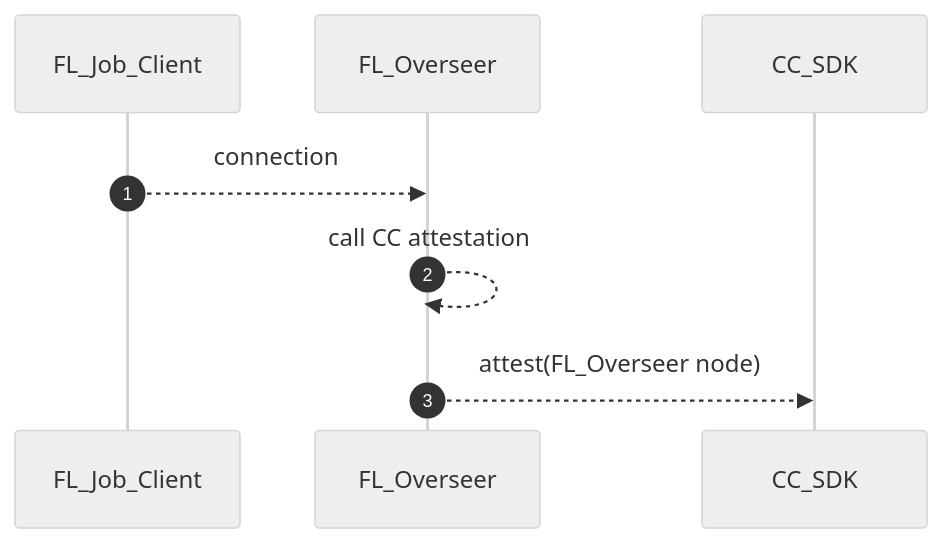
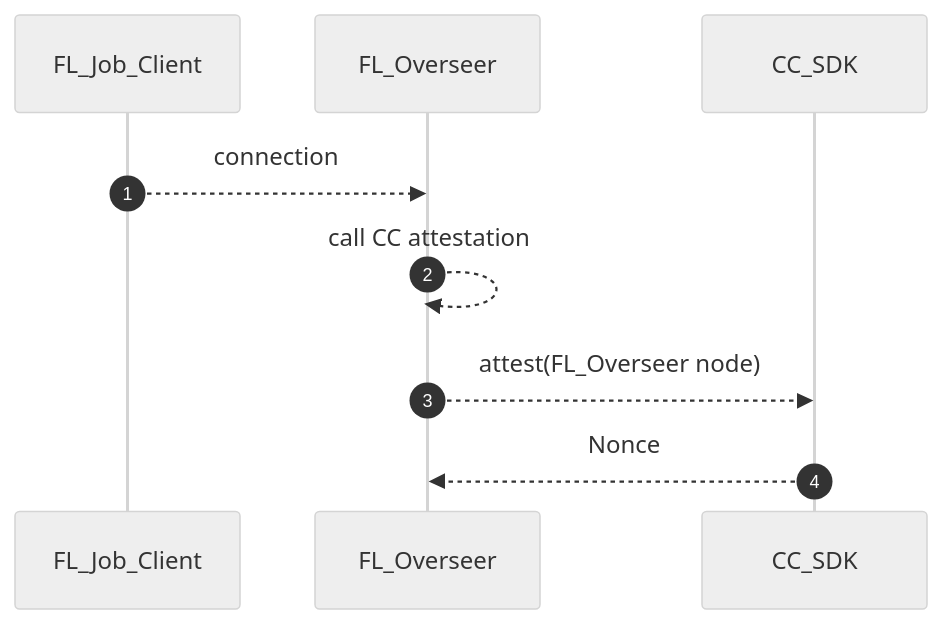
The tenth of 14 diagrams in docs/confidential_computing/detailed_cc_sequence_diagram.md (hitesh-ag1/NVFlare), drawn with Mermaid (neutral theme) before and after one commit. The commit also changed other lines of this file, not shown here.

Commit message:
Sequence diagram for CC

````diff
--- a/docs/confidential_computing/detailed_cc_sequence_diagram.md
+++ b/docs/confidential_computing/detailed_cc_sequence_diagram.md
@@ -207,12 +220,12 @@
 ```mermaid
 sequenceDiagram
    autonumber
     participant FL_Job_Client
     participant FL_Overseer
     participant CC_SDK
     
     FL_Job_Client -->> FL_Overseer: connection
     FL_Overseer -->> FL_Overseer: call CC attestation 
     FL_Overseer -->> CC_SDK: attest(FL_Overseer node)
-    
+    CC_SDK -->> FL_Overseer: Nonce
 ```
````
